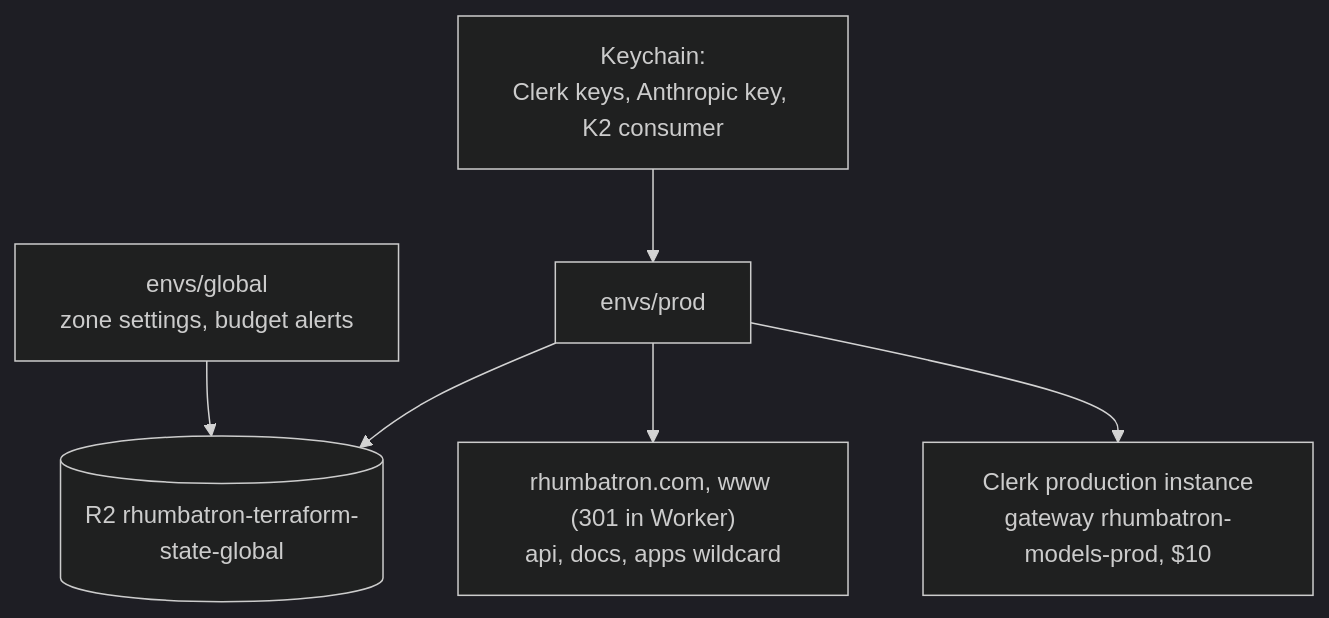
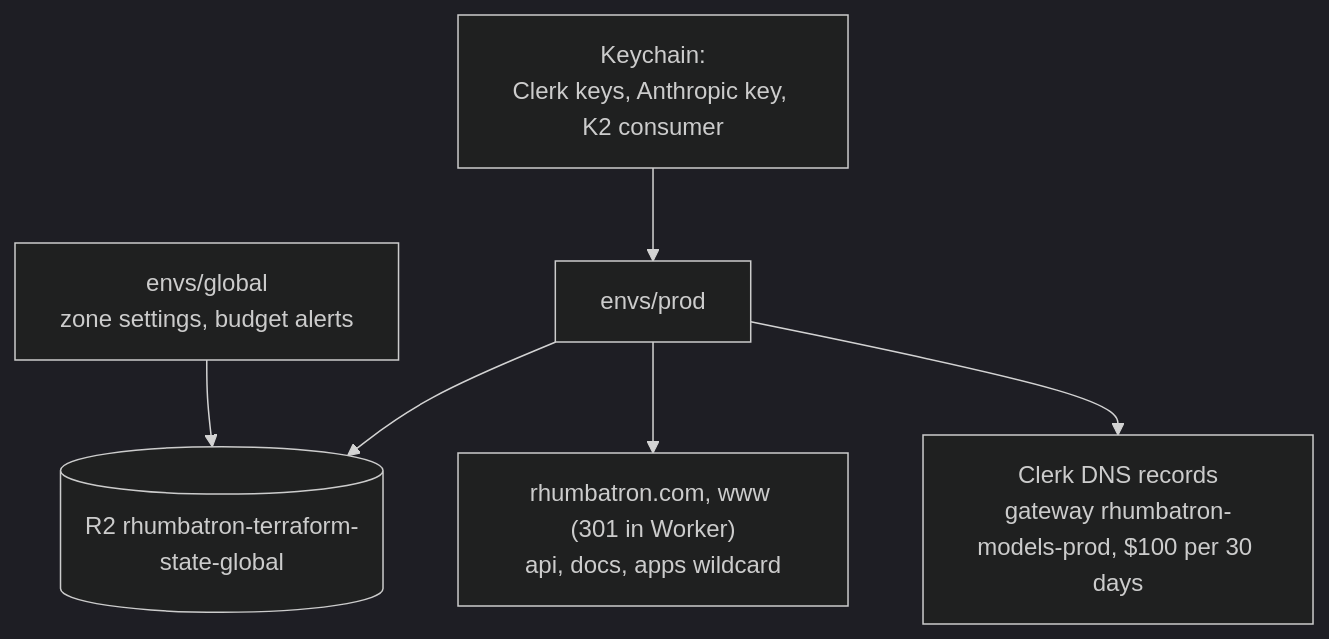
One commit to nsudhanva/rhumbatron changed the diagram in docs/adr/0017-prod-environment.md. Above: the diagram before and after it, drawn with Mermaid (dark theme). The commit also changed other lines of this file and 47 other files, not shown here.

````diff
--- a/docs/adr/0017-prod-environment.md
+++ b/docs/adr/0017-prod-environment.md
@@ -113,9 +92,9 @@
 ```mermaid
 flowchart TB
   S[("R2 rhumbatron-terraform-state-global")]
   G["envs/global<br/>zone settings, budget alerts"] --> S
   P["envs/prod"] --> S
   K["Keychain:<br/>Clerk keys, Anthropic key, K2 consumer"] --> P
   P --> H["rhumbatron.com, www (301 in Worker)<br/>api, docs, apps wildcard"]
-  P --> C["Clerk production instance<br/>gateway rhumbatron-models-prod, $10"]
+  P --> C["Clerk DNS records<br/>gateway rhumbatron-models-prod, $100 per 30 days"]
 ```
````
